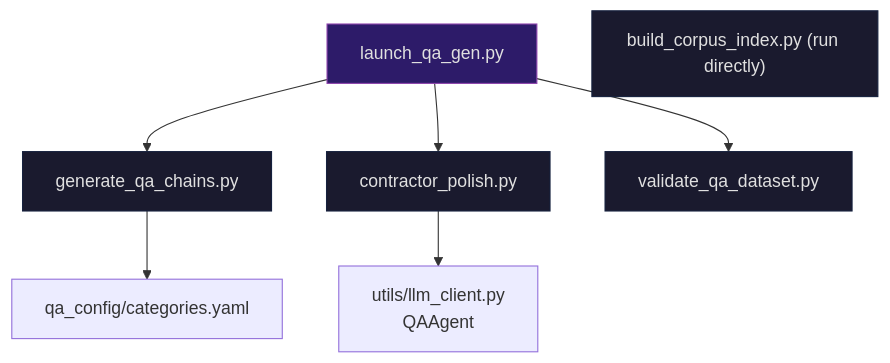
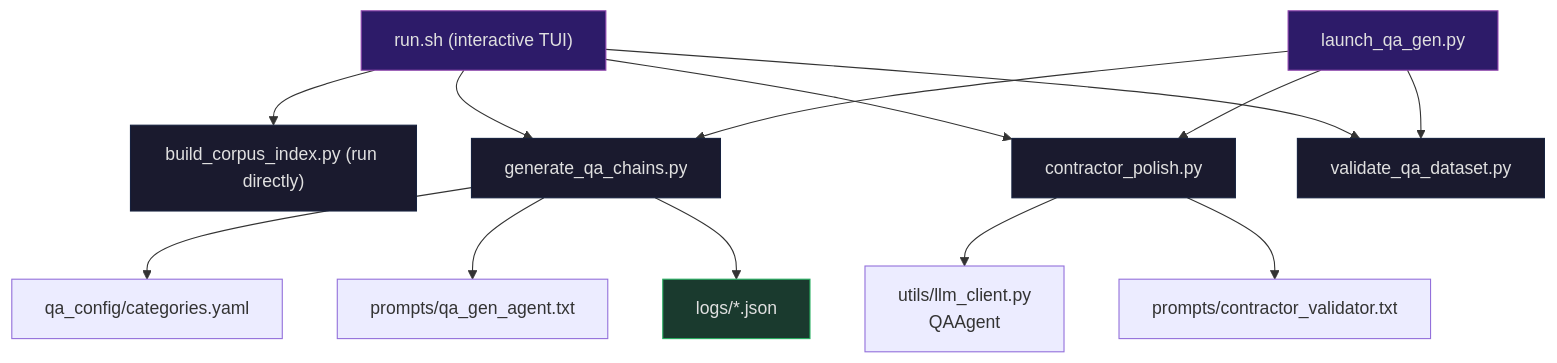
The eighth of 9 diagrams in architecture.md (magic-data-ops/chunker), drawn with Mermaid before and after one commit. The commit also changed other lines of this file, not shown here.

````diff
--- a/architecture.md
+++ b/architecture.md
@@ -249,19 +293,29 @@
 ```mermaid
 flowchart TB
     LAUNCH["launch_qa_gen.py"]
+    RUN["run.sh (interactive TUI)"]
     S1["build_corpus_index.py (run directly)"]
 
     LAUNCH --> S2["generate_qa_chains.py"]
     LAUNCH --> S3["contractor_polish.py"]
     LAUNCH --> S4["validate_qa_dataset.py"]
+    RUN --> S1
+    RUN --> S2
+    RUN --> S3
+    RUN --> S4
 
     S2 --> YAML["qa_config/categories.yaml"]
+    S2 --> PROMPT["prompts/qa_gen_agent.txt"]
+    S2 --> LOGDIR["logs/*.json"]
 
     S3 --> LLM["utils/llm_client.py<br/>QAAgent"]
+    S3 --> VPROMPT["prompts/contractor_validator.txt"]
 
     style LAUNCH fill:#2d1b69,stroke:#8e44ad,color:#e0e0e0
+    style RUN fill:#2d1b69,stroke:#8e44ad,color:#e0e0e0
     style S1 fill:#1a1a2e,stroke:#16213e,color:#e0e0e0
     style S2 fill:#1a1a2e,stroke:#16213e,color:#e0e0e0
     style S3 fill:#1a1a2e,stroke:#16213e,color:#e0e0e0
     style S4 fill:#1a1a2e,stroke:#16213e,color:#e0e0e0
+    style LOGDIR fill:#1a3a2e,stroke:#27ae60,color:#e0e0e0
 ```
````
